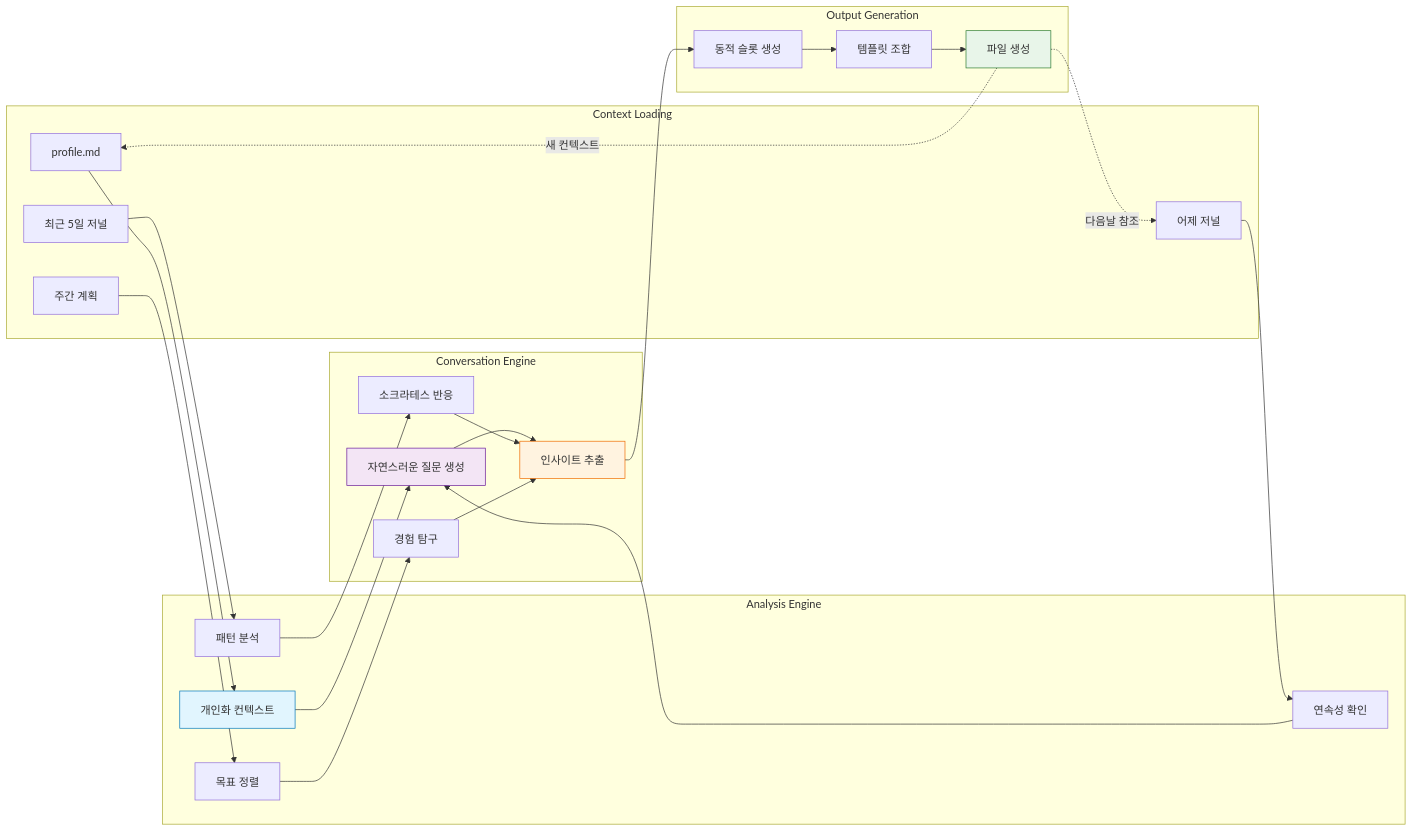
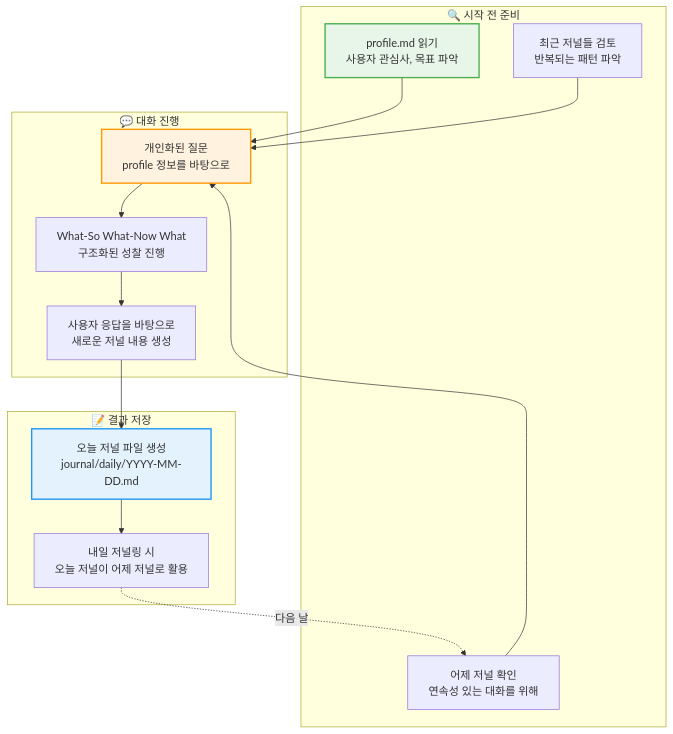
The fourth of 4 diagrams in README.md (hoetaek/reflective-conversational-journal), drawn with Mermaid before and after one commit. The commit also changed other lines of this file, not shown here.

Commit message:
refactor: Simplify system explanation and enhance data flow diagrams in README.md

````diff
--- a/README.md
+++ b/README.md
@@ -303,61 +268,32 @@
 ```mermaid
-flowchart LR
-    %% Stage 1: Context
-    subgraph Context Loading
-        P[profile.md]
-        Y[어제 저널]
-        R[최근 5일 저널]
-        W[주간 계획]
+flowchart TD
+    subgraph "🔍 시작 전 준비"
+        A[profile.md 읽기<br/>사용자 관심사, 목표 파악]
+        B[어제 저널 확인<br/>연속성 있는 대화를 위해]
+        C[최근 저널들 검토<br/>반복되는 패턴 파악]
     end
 
-    %% Stage 2: Analysis
-    subgraph Analysis Engine
-        PC[개인화 컨텍스트]
-        CA[연속성 확인]
-        PA[패턴 분석]
-        GA[목표 정렬]
+    subgraph "💬 대화 진행"
+        D[개인화된 질문<br/>profile 정보를 바탕으로]
+        E[What-So What-Now What<br/>구조화된 성찰 진행]
+        F[사용자 응답을 바탕으로<br/>새로운 저널 내용 생성]
     end
 
-    %% Stage 3: Conversation
-    subgraph Conversation Engine
-        NQ[자연스러운 질문 생성]
-        SR[소크라테스 반응]
-        EE[경험 탐구]
-        IE[인사이트 추출]
+    subgraph "📝 결과 저장"
+        G[오늘 저널 파일 생성<br/>journal/daily/YYYY-MM-DD.md]
+        H[내일 저널링 시<br/>오늘 저널이 어제 저널로 활용]
     end
 
-    %% Stage 4: Output
-    subgraph Output Generation
-        DS[동적 슬롯 생성]
-        TC[템플릿 조합]
-        FG[파일 생성]
-    end
+    A --> D
+    B --> D
+    C --> D
+    D --> E
+    E --> F
+    F --> G
+    G --> H
+    H -.->|다음 날| B
 
-    %% Flow
-    P --> PC
-    Y --> CA
-    R --> PA
-    W --> GA
-
-    PC --> NQ
-    CA --> NQ
-    PA --> SR
-    GA --> EE
-
-    NQ --> IE
-    SR --> IE
-    EE --> IE
-
-    IE --> DS
-    DS --> TC
-    TC --> FG
-
-    FG -.->|새 컨텍스트| P
-    FG -.->|다음날 참조| Y
-
-    %% Key Styles
-    style PC fill:#e1f5fe,stroke:#0277bd
-    style NQ fill:#f3e5f5,stroke:#6a1b9a
-    style IE fill:#fff3e0,stroke:#ef6c00
-    style FG fill:#e8f5e9,stroke:#2e7d32
+    style A fill:#e8f5e9,stroke:#4caf50,stroke-width:2px
+    style D fill:#fff3e0,stroke:#ff9800,stroke-width:2px
+    style G fill:#e3f2fd,stroke:#2196f3,stroke-width:2px
 ```
````
